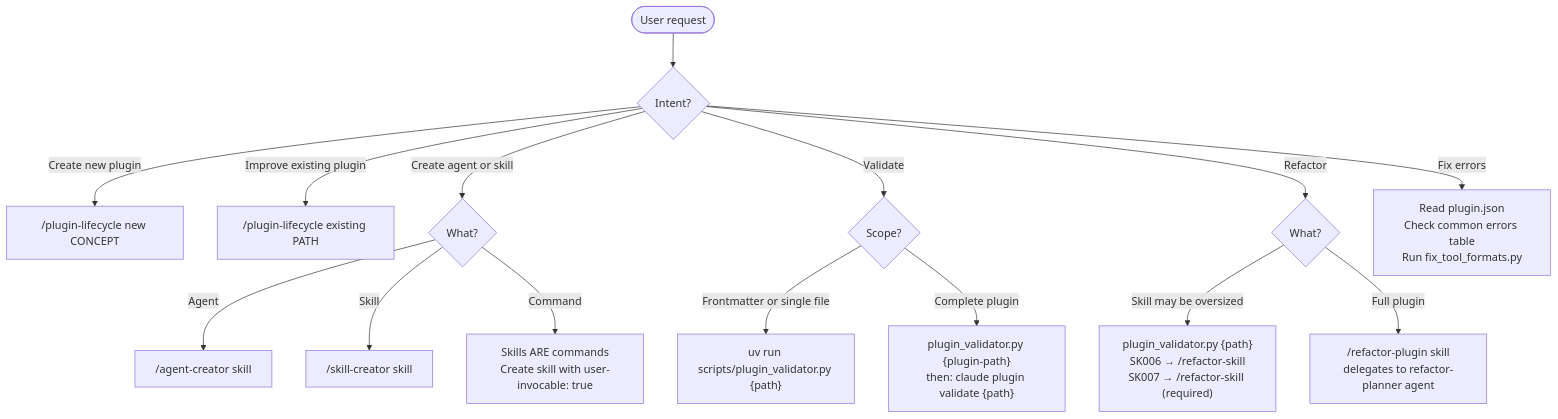
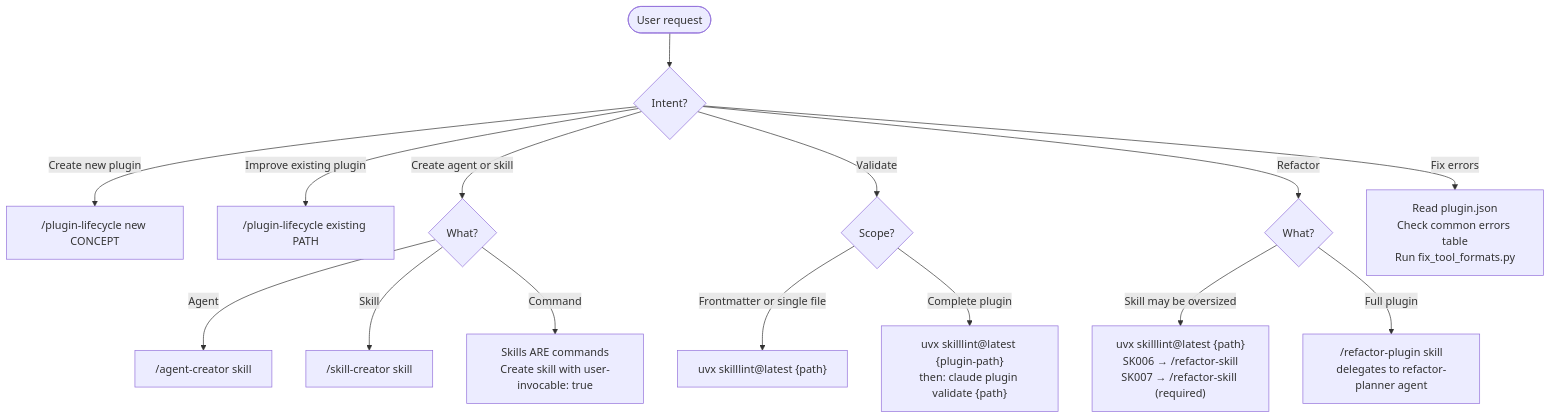
One commit to chgreer1070/claude_skills changed the diagram in plugins/plugin-creator/CLAUDE.md. Above: the diagram before and after it, drawn with Mermaid. The commit also changed other lines of this file and 48 other files, not shown here.

First line of the commit message:
refactor(migration): replace plugin_validator.py with uvx skilllint@latest

````diff
--- a/plugins/plugin-creator/CLAUDE.md
+++ b/plugins/plugin-creator/CLAUDE.md
@@ -22,20 +22,20 @@
 ```mermaid
 flowchart TD
     Start([User request]) --> Q1{Intent?}
     Q1 -->|"Create new plugin"| Lifecycle["/plugin-lifecycle new CONCEPT"]
     Q1 -->|"Improve existing plugin"| LifecycleExist["/plugin-lifecycle existing PATH"]
     Q1 -->|Create agent or skill| Q2{What?}
     Q1 -->|Validate| Q3{Scope?}
     Q1 -->|Refactor| Q4{What?}
     Q1 -->|Fix errors| Fix[Read plugin.json<br>Check common errors table<br>Run fix_tool_formats.py]
 
     Q2 -->|Agent| CreateAgent["/agent-creator skill"]
     Q2 -->|Skill| CreateSkill["/skill-creator skill"]
     Q2 -->|Command| CreateCmd["Skills ARE commands<br>Create skill with user-invocable: true"]
 
-    Q3 -->|Frontmatter or single file| ValidFile["uv run scripts/plugin_validator.py {path}"]
-    Q3 -->|Complete plugin| ValidPlugin["plugin_validator.py {plugin-path}<br>then: claude plugin validate {path}"]
+    Q3 -->|Frontmatter or single file| ValidFile["uvx skilllint@latest {path}"]
+    Q3 -->|Complete plugin| ValidPlugin["uvx skilllint@latest {plugin-path}<br>then: claude plugin validate {path}"]
 
-    Q4 -->|Skill may be oversized| CheckSize["plugin_validator.py {path}<br>SK006 → /refactor-skill<br>SK007 → /refactor-skill (required)"]
+    Q4 -->|Skill may be oversized| CheckSize["uvx skilllint@latest {path}<br>SK006 → /refactor-skill<br>SK007 → /refactor-skill (required)"]
     Q4 -->|Full plugin| RefactorPlugin["/refactor-plugin skill<br>delegates to refactor-planner agent"]
 ```
````
